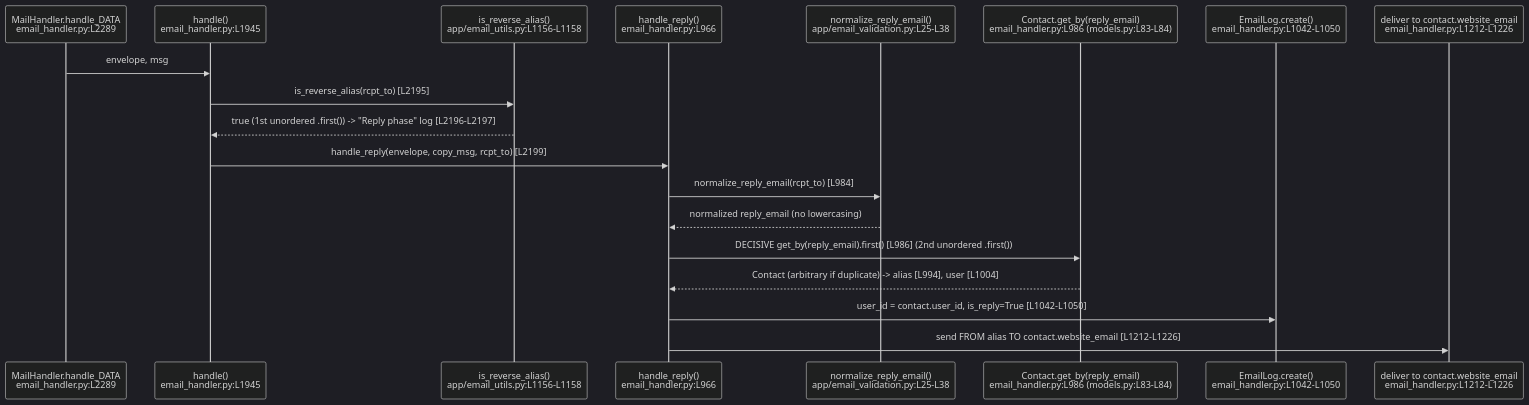
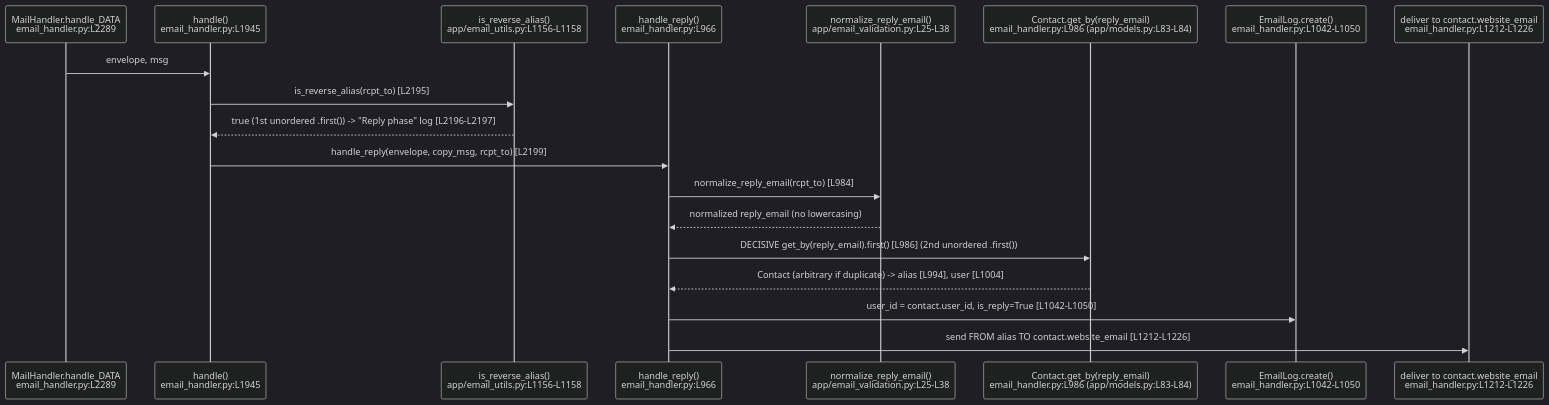
One commit to blitzy-research/app changed the diagram in blitzy/documentation/app_2cd6ee777f8c.md. Above: the diagram before and after it, drawn with Mermaid (dark theme). The commit also changed other lines of this file, not shown here.

First line of the commit message:
docs: address CR-3 review findings on reply-routing investigation

````diff
--- a/blitzy/documentation/app_2cd6ee777f8c.md
+++ b/blitzy/documentation/app_2cd6ee777f8c.md
@@ -192,22 +202,22 @@
 ```mermaid
 sequenceDiagram
     participant SMTP as MailHandler.handle_DATA<br/>email_handler.py:L2289
     participant Router as handle()<br/>email_handler.py:L1945
     participant RevAlias as is_reverse_alias()<br/>app/email_utils.py:L1156-L1158
     participant Reply as handle_reply()<br/>email_handler.py:L966
     participant Norm as normalize_reply_email()<br/>app/email_validation.py:L25-L38
-    participant DB as Contact.get_by(reply_email)<br/>email_handler.py:L986 (models.py:L83-L84)
+    participant DB as Contact.get_by(reply_email)<br/>email_handler.py:L986 (app/models.py:L83-L84)
     participant Log as EmailLog.create()<br/>email_handler.py:L1042-L1050
     participant Out as deliver to contact.website_email<br/>email_handler.py:L1212-L1226
 
     SMTP->>Router: envelope, msg
     Router->>RevAlias: is_reverse_alias(rcpt_to) [L2195]
     RevAlias-->>Router: true (1st unordered .first()) -> "Reply phase" log [L2196-L2197]
     Router->>Reply: handle_reply(envelope, copy_msg, rcpt_to) [L2199]
     Reply->>Norm: normalize_reply_email(rcpt_to) [L984]
     Norm-->>Reply: normalized reply_email (no lowercasing)
     Reply->>DB: DECISIVE get_by(reply_email).first() [L986] (2nd unordered .first())
     DB-->>Reply: Contact (arbitrary if duplicate) -> alias [L994], user [L1004]
     Reply->>Log: user_id = contact.user_id, is_reply=True [L1042-L1050]
     Reply->>Out: send FROM alias TO contact.website_email [L1212-L1226]
 ```
````
